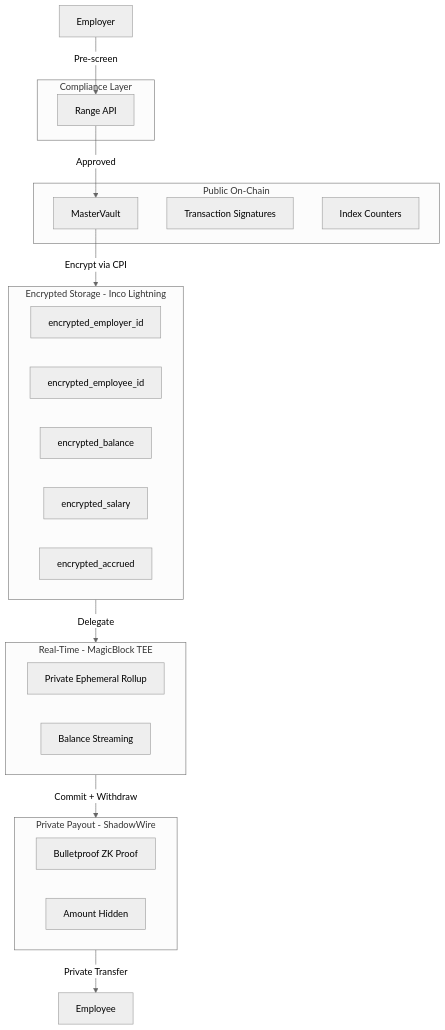
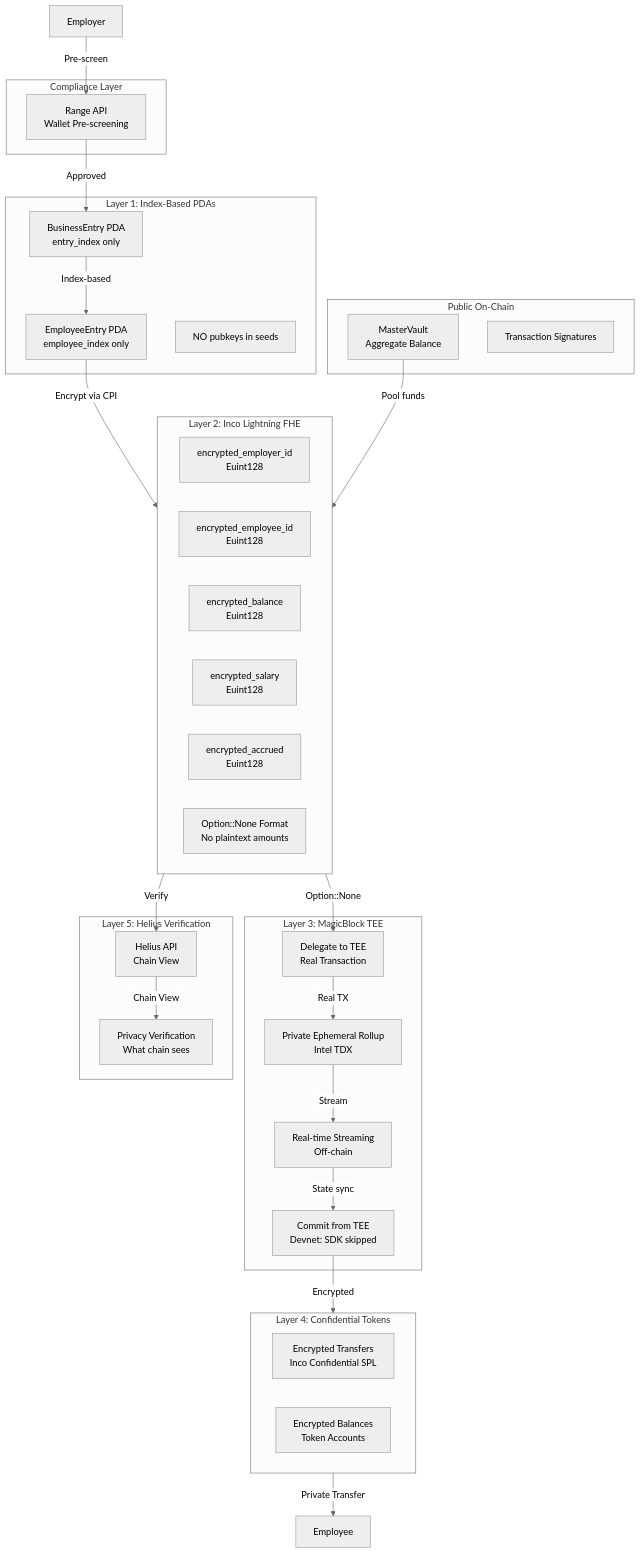
Before and after one commit to ConejoCapital/Bagel: the diagram in README.md, drawn with Mermaid (neutral theme). The commit also changed other lines of this file and 18 other files, not shown here.

````diff
--- a/README.md
+++ b/README.md
@@ -42,37 +42,57 @@
 ```mermaid
 flowchart TB
-    subgraph Compliance [Compliance Layer]
-        RANGE[Range API]
+    subgraph Compliance[Compliance Layer]
+        RANGE[Range API<br/>Wallet Pre-screening]
     end
 
-    subgraph Public [Public On-Chain]
-        MV[MasterVault]
-        TX[Transaction Signatures]
-        IDX[Index Counters]
+    subgraph Layer1[Layer 1: Index-Based PDAs]
+        PDA1[BusinessEntry PDA<br/>entry_index only]
+        PDA2[EmployeeEntry PDA<br/>employee_index only]
+        NOID[NO pubkeys in seeds]
     end
 
-    subgraph Encrypted [Encrypted Storage - Inco Lightning]
-        EID[encrypted_employer_id]
-        EMID[encrypted_employee_id]
-        EBAL[encrypted_balance]
-        ESAL[encrypted_salary]
-        EACC[encrypted_accrued]
+    subgraph Layer2[Layer 2: Inco Lightning FHE]
+        EID[encrypted_employer_id<br/>Euint128]
+        EMID[encrypted_employee_id<br/>Euint128]
+        EBAL[encrypted_balance<br/>Euint128]
+        ESAL[encrypted_salary<br/>Euint128]
+        EACC[encrypted_accrued<br/>Euint128]
+        OPTNONE[Option::None Format<br/>No plaintext amounts]
     end
 
-    subgraph Streaming [Real-Time - MagicBlock TEE]
-        TEE[Private Ephemeral Rollup]
-        STREAM[Balance Streaming]
+    subgraph Layer3[Layer 3: MagicBlock TEE]
+        DELEGATE[Delegate to TEE<br/>Real Transaction]
+        TEE[Private Ephemeral Rollup<br/>Intel TDX]
+        STREAM[Real-time Streaming<br/>Off-chain]
+        COMMIT[Commit from TEE<br/>Devnet: SDK skipped]
     end
 
-    subgraph Payout [Private Payout - ShadowWire]
-        ZK[Bulletproof ZK Proof]
-        HIDE[Amount Hidden]
+    subgraph Layer4[Layer 4: Confidential Tokens]
+        ENCTRANS[Encrypted Transfers<br/>Inco Confidential SPL]
+        ENCBAL[Encrypted Balances<br/>Token Accounts]
+    end
+
+    subgraph Layer5[Layer 5: Helius Verification]
+        HELIUS[Helius API<br/>Chain View]
+        VERIFY[Privacy Verification<br/>What chain sees]
+    end
+
+    subgraph Public[Public On-Chain]
+        MV[MasterVault<br/>Aggregate Balance]
+        TX[Transaction Signatures]
     end
 
     Employer -->|Pre-screen| RANGE
-    RANGE -->|Approved| MV
-    MV -->|Encrypt via CPI| Encrypted
-    Encrypted -->|Delegate| Streaming
-    Streaming -->|Commit + Withdraw| Payout
-    Payout -->|Private Transfer| Employee
+    RANGE -->|Approved| PDA1
+    PDA1 -->|Index-based| PDA2
+    PDA2 -->|Encrypt via CPI| Layer2
+    Layer2 -->|Option::None| DELEGATE
+    DELEGATE -->|Real TX| TEE
+    TEE -->|Stream| STREAM
+    STREAM -->|State sync| COMMIT
+    COMMIT -->|Encrypted| Layer4
+    Layer4 -->|Private Transfer| Employee
+    Layer2 -->|Verify| HELIUS
+    HELIUS -->|Chain View| VERIFY
+    MV -->|Pool funds| Layer2
 ```
````
